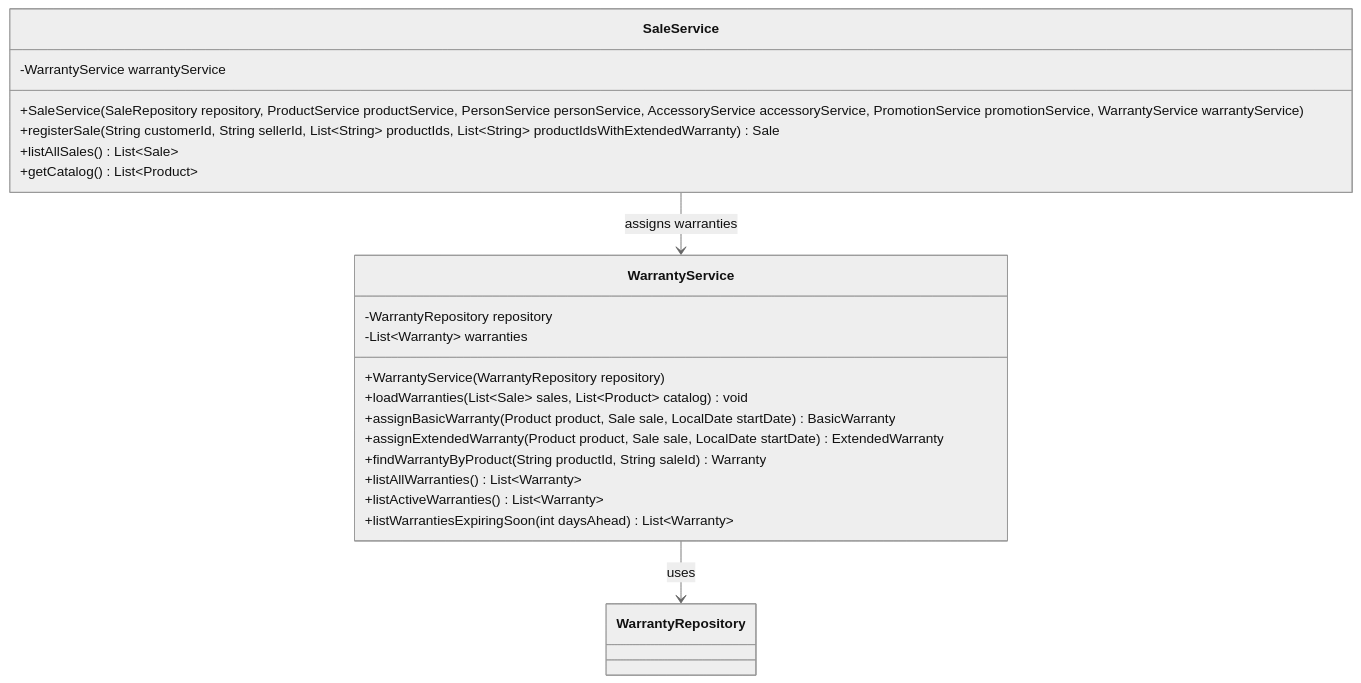
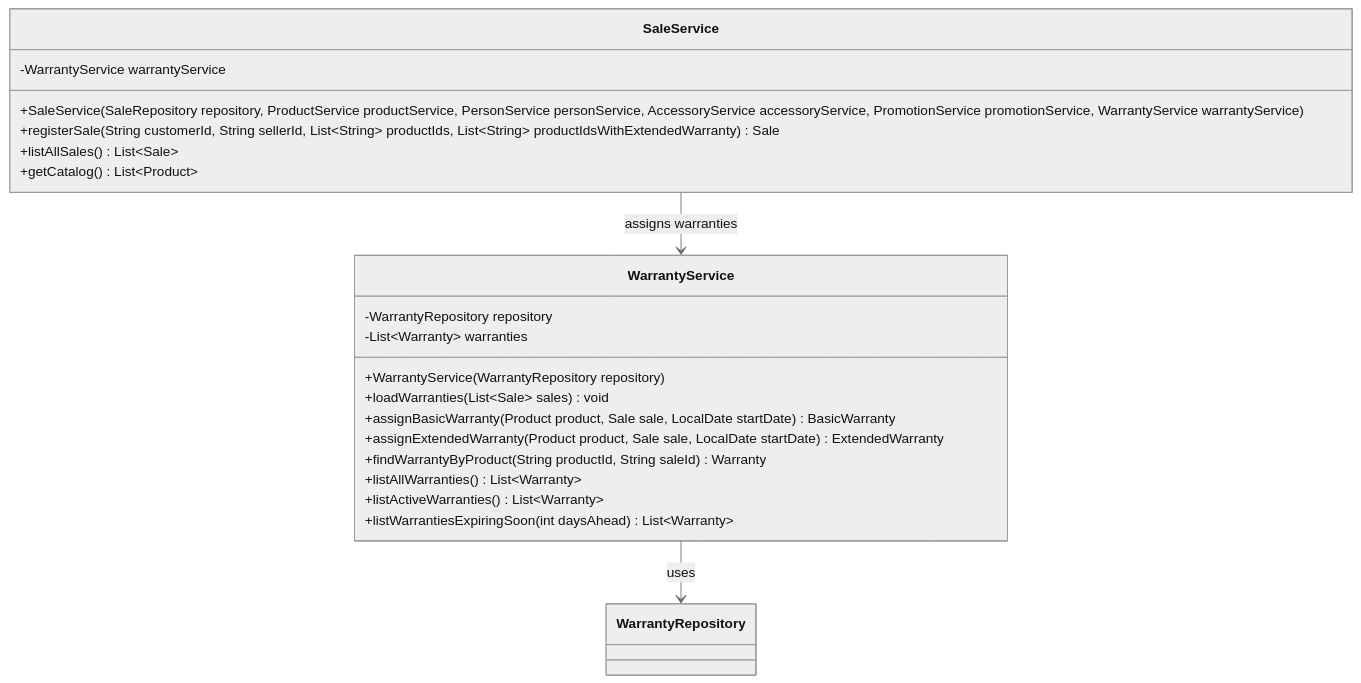
Before and after one commit to rjacostam/Gamezone-Unicesar: the third of 4 diagrams in docs/warranty-class-diagram.md, drawn with Mermaid (neutral theme). The commit also changed other lines of this file, not shown here.

Commit message:
docs: reflect WarrantyRecord and new signatures in warranty class diagram

````diff
--- a/docs/warranty-class-diagram.md
+++ b/docs/warranty-class-diagram.md
@@ -147,28 +169,28 @@
 ```mermaid
 classDiagram
     direction TB
 
     class WarrantyService {
         -WarrantyRepository repository
         -List~Warranty~ warranties
         +WarrantyService(WarrantyRepository repository)
-        +loadWarranties(List~Sale~ sales, List~Product~ catalog) void
+        +loadWarranties(List~Sale~ sales) void
         +assignBasicWarranty(Product product, Sale sale, LocalDate startDate) BasicWarranty
         +assignExtendedWarranty(Product product, Sale sale, LocalDate startDate) ExtendedWarranty
         +findWarrantyByProduct(String productId, String saleId) Warranty
         +listAllWarranties() List~Warranty~
         +listActiveWarranties() List~Warranty~
         +listWarrantiesExpiringSoon(int daysAhead) List~Warranty~
     }
 
     class SaleService {
         -WarrantyService warrantyService
         +SaleService(SaleRepository repository, ProductService productService, PersonService personService, AccessoryService accessoryService, PromotionService promotionService, WarrantyService warrantyService)
         +registerSale(String customerId, String sellerId, List~String~ productIds, List~String~ productIdsWithExtendedWarranty) Sale
         +listAllSales() List~Sale~
         +getCatalog() List~Product~
     }
 
     WarrantyService --> WarrantyRepository : uses
     SaleService --> WarrantyService : assigns warranties
 ```
````
